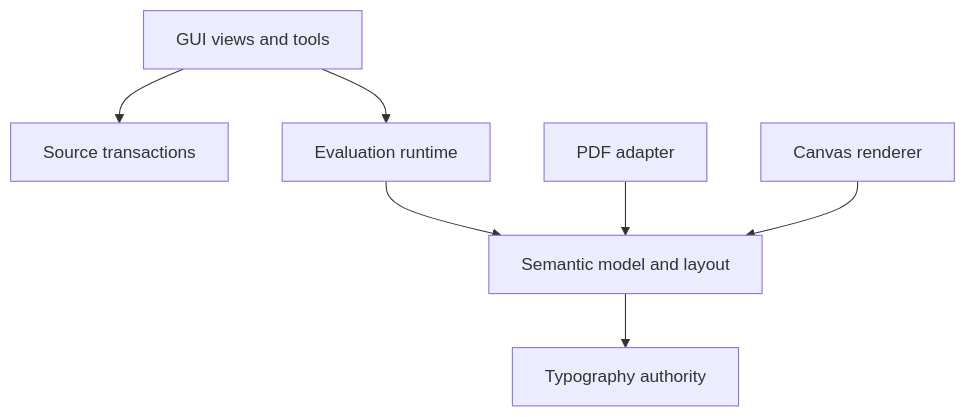
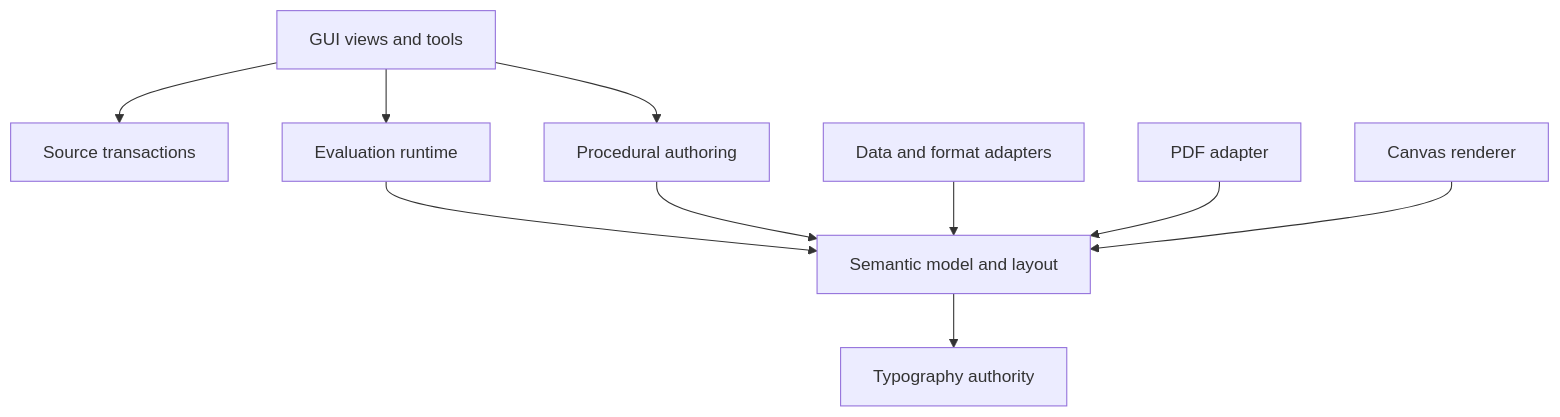
One commit to Cyrusublerman/PyDesign changed the diagram in docs/modularity_assessment.md. Above: the diagram before and after it, drawn with Mermaid. The commit also changed other lines of this file and 25 other files, not shown here.

Commit message:
Document native procedural authoring roadmap

````diff
--- a/docs/modularity_assessment.md
+++ b/docs/modularity_assessment.md
@@ -60,9 +62,12 @@
 ```mermaid
 flowchart TD
     GUI[GUI views and tools] --> Source[Source transactions]
     GUI --> Runtime[Evaluation runtime]
     Runtime --> Layout[Semantic model and layout]
+    Procedural[Procedural authoring] --> Layout
+    Adapters[Data and format adapters] --> Layout
+    GUI --> Procedural
     Layout --> Text[Typography authority]
     PDF[PDF adapter] --> Layout
     Canvas[Canvas renderer] --> Layout
 ```
````
